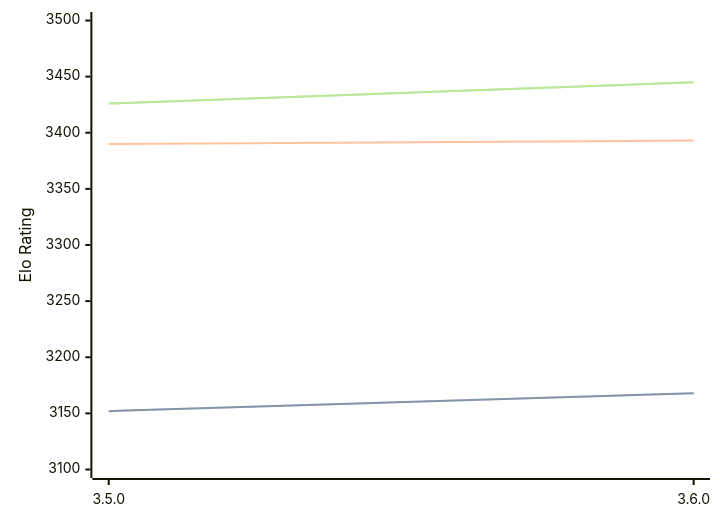
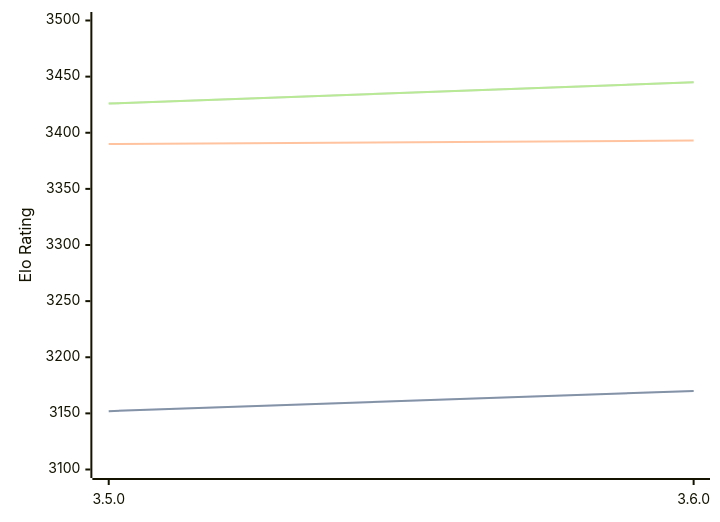
Before and after one commit to computer-chess-index/cci: the diagram in engines/Igel.md, drawn with Mermaid. The commit also changed other lines of this file, not shown here.

````diff
--- a/engines/Igel.md
+++ b/engines/Igel.md
@@ -68,11 +68,11 @@
 ```mermaid
 %%{init: {"theme":"base","themeVariables":{"seriesColors:['#a3a3a3','#222221','#faa371']}}}%%
 xychart-beta
   x-axis ["3.5.0", "3.6.0"]
   y-axis "Elo Rating" 3100 --> 3500
-  line "STC (8.0+0.08s)" [3152, 3168]
-  line "STC (8.0+0.08s)" [3152, 3168]
+  line "STC (8.0+0.08s)" [3152, 3170]
+  line "STC (8.0+0.08s)" [3152, 3170]
   line "LTC (60.0+0.60s)" [3390, 3393]
   line "VLTC (2m24s+1.12s)" [3426, 3445]
   line "VLTC (2m24s+1.12s)" [3426, 3445]
 ```
````
